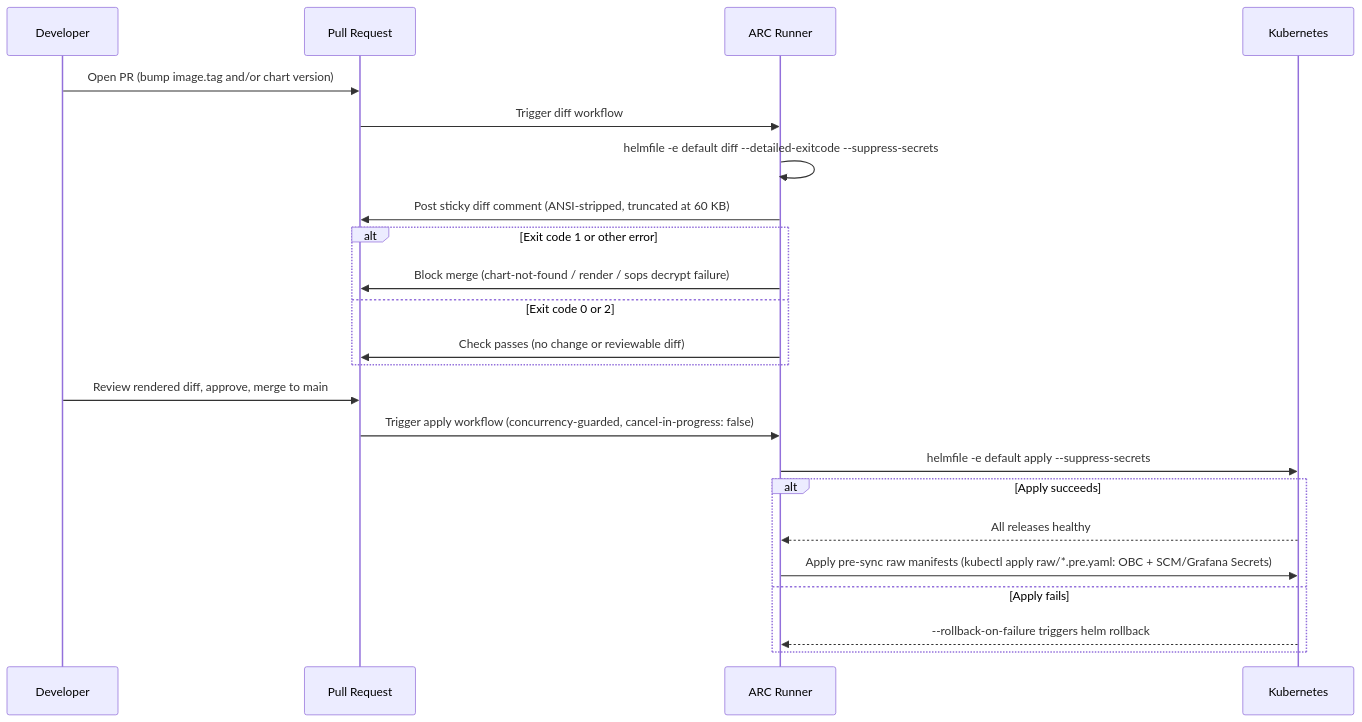
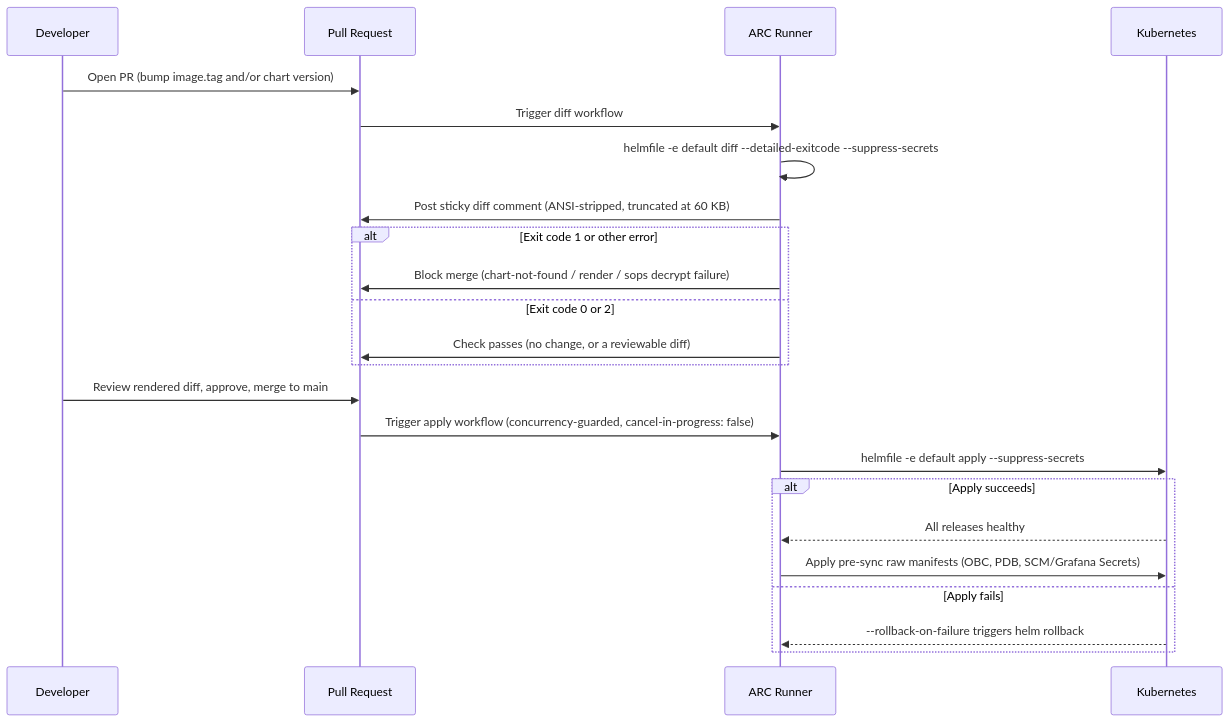
One commit to szymonrychu/tatara-documentation changed the diagram in docs/getting-started/installation.md. Above: the diagram before and after it, drawn with Mermaid. The commit also changed other lines of this file and 74 other files, not shown here.

````diff
--- a/docs/getting-started/installation.md
+++ b/docs/getting-started/installation.md
@@ -314,26 +441,26 @@
 ```mermaid
 sequenceDiagram
     participant Dev as Developer
     participant PR as Pull Request
     participant ARC as ARC Runner
     participant K8s as Kubernetes
 
     Dev->>PR: Open PR (bump image.tag and/or chart version)
     PR->>ARC: Trigger diff workflow
     ARC->>ARC: helmfile -e default diff --detailed-exitcode --suppress-secrets
     ARC->>PR: Post sticky diff comment (ANSI-stripped, truncated at 60 KB)
     alt Exit code 1 or other error
         ARC->>PR: Block merge (chart-not-found / render / sops decrypt failure)
     else Exit code 0 or 2
-        ARC->>PR: Check passes (no change or reviewable diff)
+        ARC->>PR: Check passes (no change, or a reviewable diff)
     end
     Dev->>PR: Review rendered diff, approve, merge to main
     PR->>ARC: Trigger apply workflow (concurrency-guarded, cancel-in-progress: false)
     ARC->>K8s: helmfile -e default apply --suppress-secrets
     alt Apply succeeds
         K8s-->>ARC: All releases healthy
-        ARC->>K8s: Apply pre-sync raw manifests (kubectl apply raw/*.pre.yaml: OBC + SCM/Grafana Secrets)
+        ARC->>K8s: Apply pre-sync raw manifests (OBC, PDB, SCM/Grafana Secrets)
     else Apply fails
         K8s-->>ARC: --rollback-on-failure triggers helm rollback
     end
 ```
````
